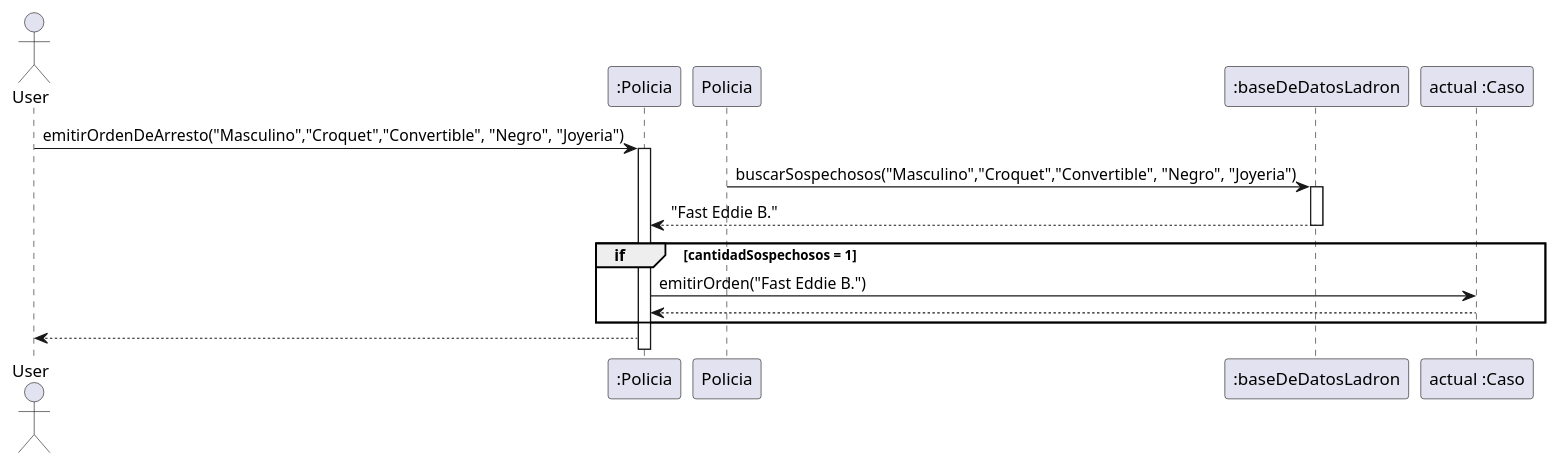
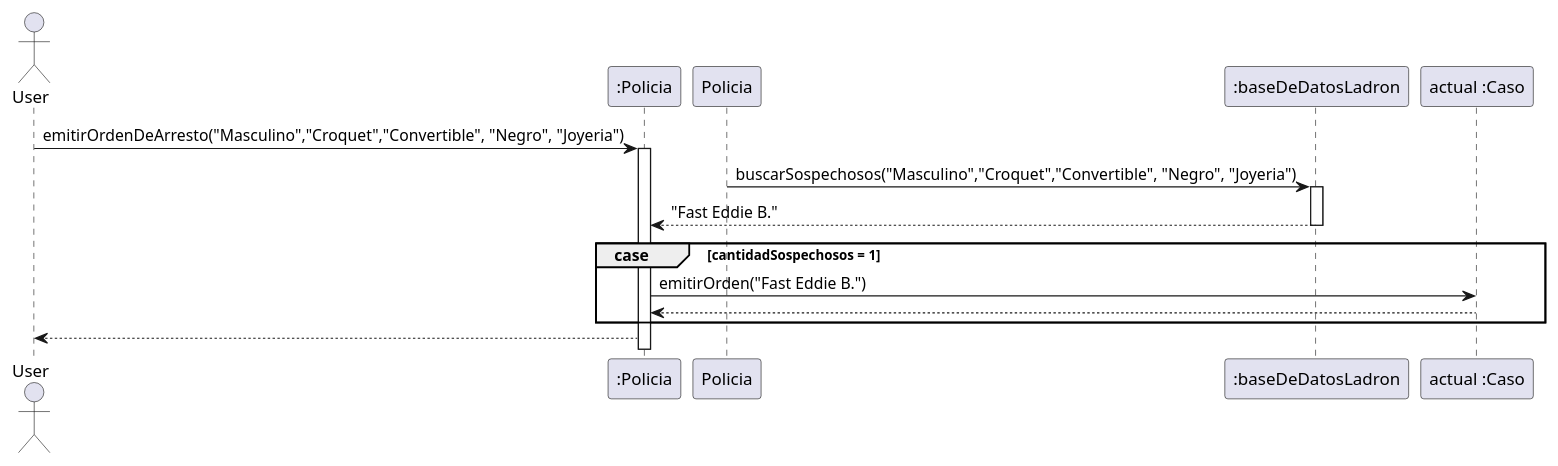
The diagram in diagrams/sequences/emitirOrdenDeArrestoSecuencia.plantuml (Nicolas-Bravo/algo3_tp2), drawn with PlantUML before and after one commit. The commit also changed 8 other files, not shown here.

Commit message:
Diagramas Secuencia v3

```diff
--- a/diagrams/sequences/emitirOrdenDeArrestoSecuencia.plantuml
+++ b/diagrams/sequences/emitirOrdenDeArrestoSecuencia.plantuml
@@ -1,25 +1,25 @@
 @startuml
 
 Actor User
 
 User -> ":Policia" : emitirOrdenDeArresto("Masculino","Croquet","Convertible", "Negro", "Joyeria")
 Activate ":Policia"
 
 "Policia" -> ":baseDeDatosLadron" : buscarSospechosos("Masculino","Croquet","Convertible", "Negro", "Joyeria")
 activate ":baseDeDatosLadron"
 
 ":baseDeDatosLadron" --> ":Policia" : "Fast Eddie B."
 deactivate ":baseDeDatosLadron"
 
-group if [cantidadSospechosos = 1]
+group case [cantidadSospechosos = 1]
 
     ":Policia" -> "actual :Caso" : emitirOrden("Fast Eddie B.")
 
     "actual :Caso" --> ":Policia"
 
 end
 
 ":Policia" --> User
 deactivate "Policia"
 
 @enduml
```
